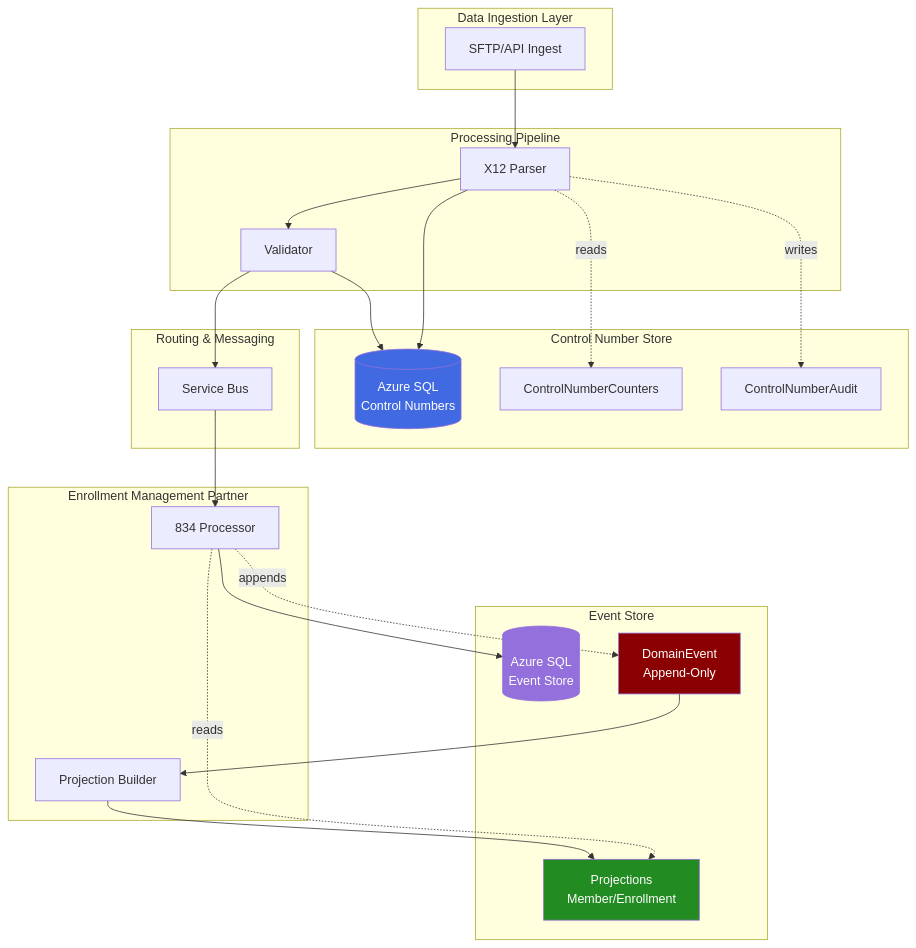
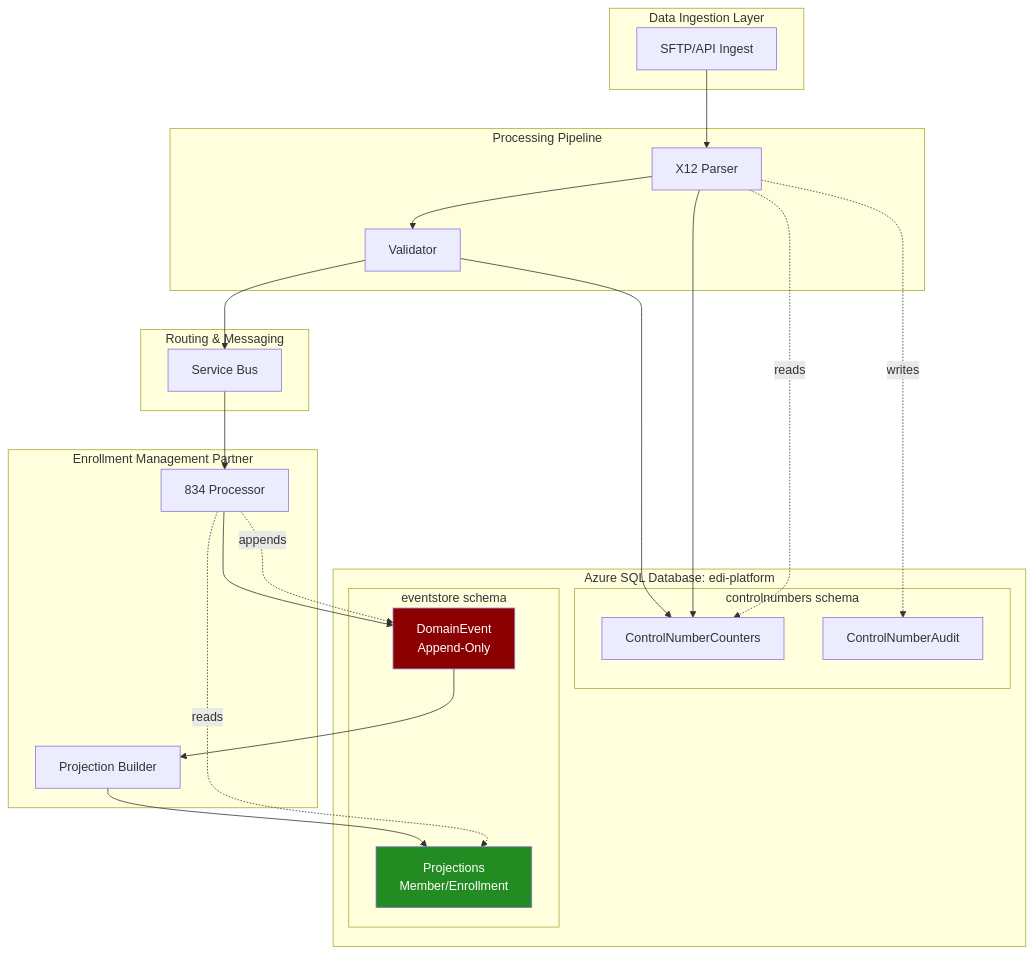
Before and after one commit to PointCHealth/edi-documentation: the first of 6 diagrams in 07-database-layer.md, drawn with Mermaid. The commit also changed other lines of this file and 11 other files, not shown here.

````diff
--- a/07-database-layer.md
+++ b/07-database-layer.md
@@ -41,54 +48,52 @@
 ```mermaid
 graph TB
     subgraph "Data Ingestion Layer"
         Ingest[SFTP/API Ingest]
     end
     
     subgraph "Processing Pipeline"
         Parse[X12 Parser]
         Validate[Validator]
     end
     
-    subgraph "Control Number Store"
-        ControlDB[(Azure SQL<br/>Control Numbers)]
-        CNCounter[ControlNumberCounters]
-        CNAudit[ControlNumberAudit]
-    end
-    
-    subgraph "Event Store"
-        EventDB[(Azure SQL<br/>Event Store)]
-        DomainEvent[DomainEvent<br/>Append-Only]
-        Projections[Projections<br/>Member/Enrollment]
+    subgraph "Azure SQL Database: edi-platform"
+        subgraph "controlnumbers schema"
+            CNCounter[ControlNumberCounters]
+            CNAudit[ControlNumberAudit]
+        end
+        
+        subgraph "eventstore schema"
+            DomainEvent[DomainEvent<br/>Append-Only]
+            Projections[Projections<br/>Member/Enrollment]
+        end
     end
     
     subgraph "Routing & Messaging"
         ServiceBus[Service Bus]
     end
     
     subgraph "Enrollment Management Partner"
         EnrollProcessor[834 Processor]
         Projector[Projection Builder]
     end
     
     Ingest --> Parse
     Parse --> Validate
-    Validate --> ControlDB
-    Parse --> ControlDB
+    Validate --> CNCounter
+    Parse --> CNCounter
     Validate --> ServiceBus
     
     ServiceBus --> EnrollProcessor
-    EnrollProcessor --> EventDB
+    EnrollProcessor --> DomainEvent
     DomainEvent --> Projector
     Projector --> Projections
     
     Parse -.reads.-> CNCounter
     Parse -.writes.-> CNAudit
     
     EnrollProcessor -.appends.-> DomainEvent
     EnrollProcessor -.reads.-> Projections
     
-    style ControlDB fill:#4169e1,color:#fff
-    style EventDB fill:#9370db,color:#fff
     style DomainEvent fill:#8b0000,color:#fff
     style Projections fill:#228b22,color:#fff
 ```
````
